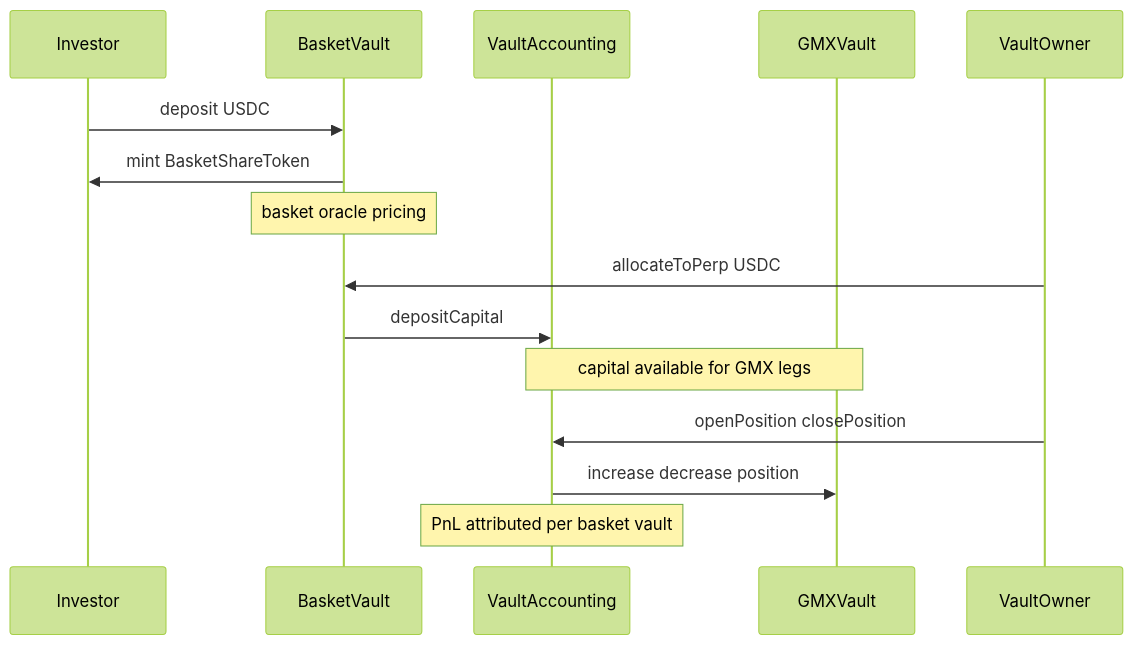
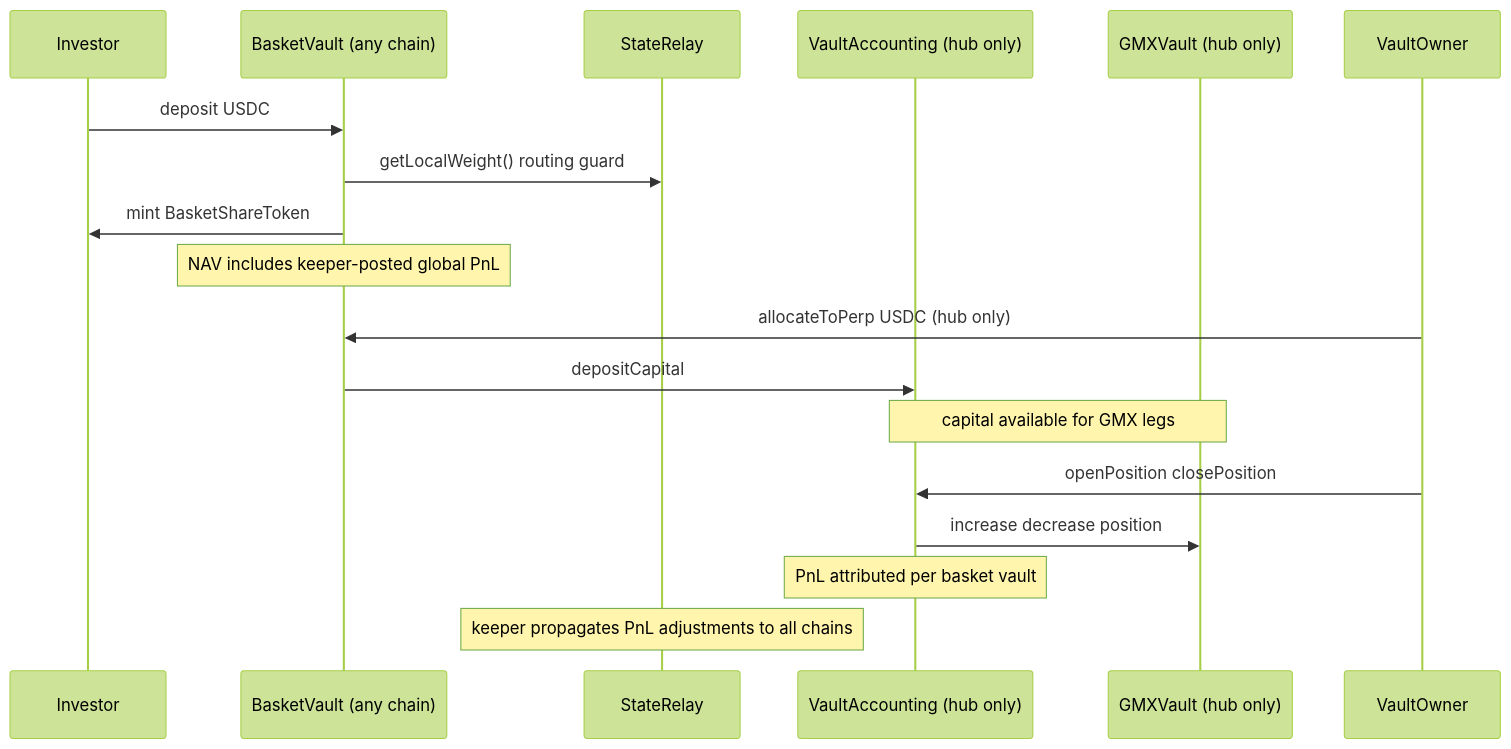
The diagram in docs/INVESTOR_FLOW.md (reubenr0d/indexflow-prototype), drawn with Mermaid (forest theme) before and after one commit. The commit also changed other lines of this file and 102 other files, not shown here.

````diff
--- a/docs/INVESTOR_FLOW.md
+++ b/docs/INVESTOR_FLOW.md
@@ -39,20 +52,23 @@
 ```mermaid
 sequenceDiagram
     participant Inv as Investor
-    participant BV as BasketVault
-    participant VA as VaultAccounting
-    participant GMX as GMXVault
+    participant BV as BasketVault (any chain)
+    participant SR as StateRelay
+    participant VA as VaultAccounting (hub only)
+    participant GMX as GMXVault (hub only)
 
     Inv->>BV: deposit USDC
+    BV->>SR: getLocalWeight() routing guard
     BV->>Inv: mint BasketShareToken
-    Note over BV: basket oracle pricing
+    Note over BV: NAV includes keeper-posted global PnL
 
     participant Op as VaultOwner
-    Op->>BV: allocateToPerp USDC
+    Op->>BV: allocateToPerp USDC (hub only)
     BV->>VA: depositCapital
     Note over VA,GMX: capital available for GMX legs
 
     Op->>VA: openPosition closePosition
     VA->>GMX: increase decrease position
     Note over VA: PnL attributed per basket vault
+    Note over SR: keeper propagates PnL adjustments to all chains
 ```
````
